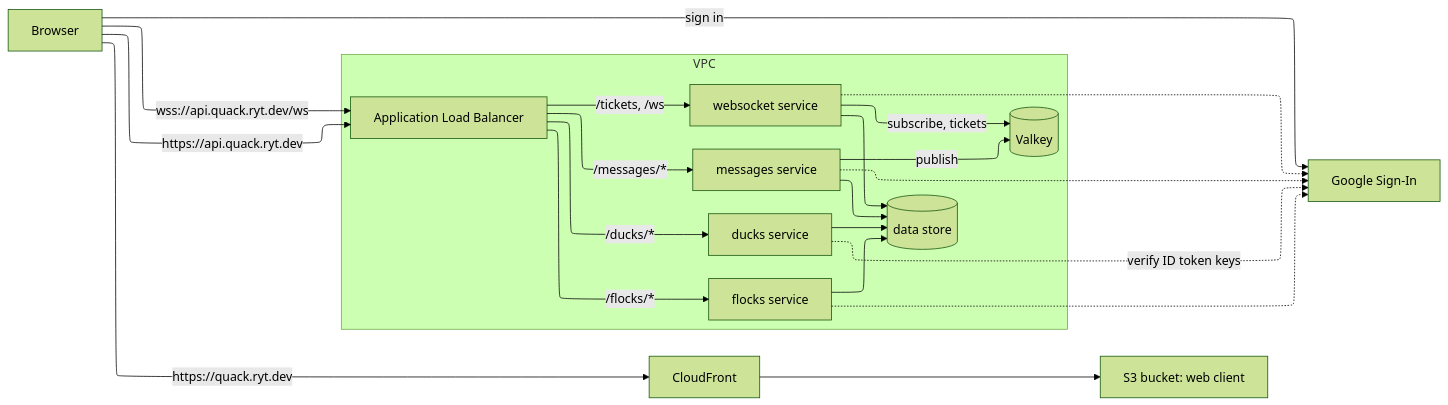
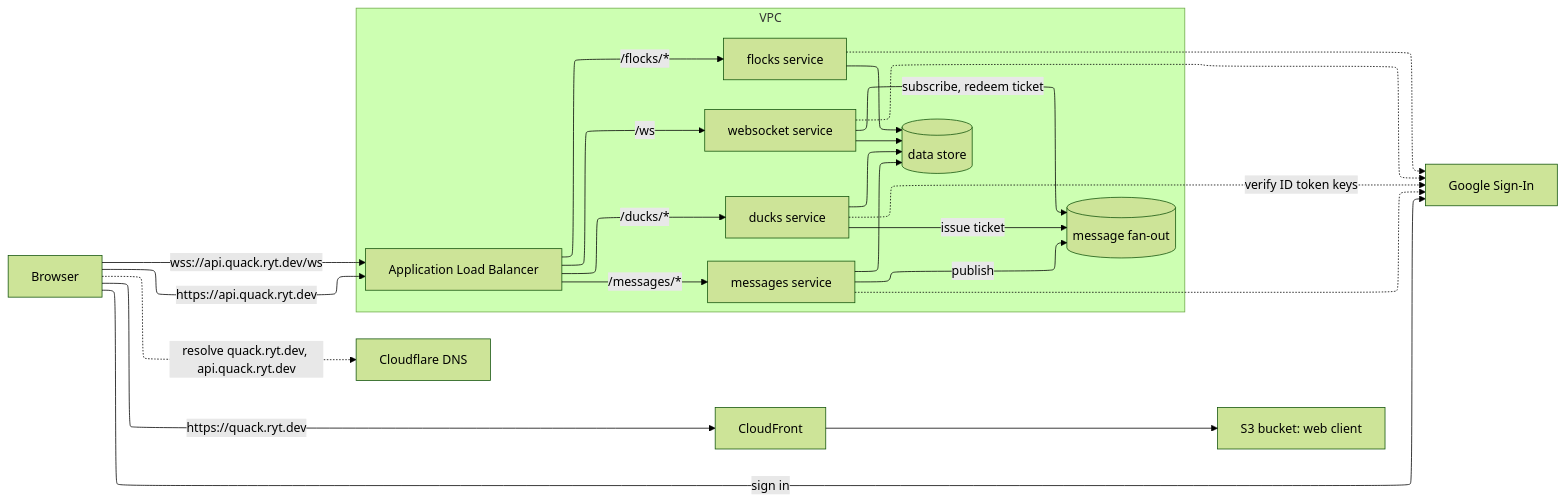
One commit to fractionalJoe/quack changed the diagram in docs/design/architecture.md. Above: the diagram before and after it, drawn with Mermaid. The commit also changed other lines of this file and 3 other files, not shown here.

Commit message:
updated architecture, renamed tenants to ponds

````diff
--- a/docs/design/architecture.md
+++ b/docs/design/architecture.md
@@ -7,32 +7,34 @@
 ```mermaid
 ---
 config:
   theme: forest
   layout: elk
 ---
 flowchart LR
+    Browser -.->|"resolve quack.ryt.dev, api.quack.ryt.dev"| CFDNS["Cloudflare DNS"]
     Browser -->|"sign in"| Google["Google Sign-In"]
     Browser -->|"https://quack.ryt.dev"| CF["CloudFront"] --> S3["S3 bucket: web client"]
     Browser -->|"https://api.quack.ryt.dev"| ALB["Application Load Balancer"]
     Browser -->|"wss://api.quack.ryt.dev/ws"| ALB
 
     subgraph VPC
         ALB -->|"/ducks/*"| Ducks["ducks service"]
         ALB -->|"/flocks/*"| Flocks["flocks service"]
         ALB -->|"/messages/*"| Messages["messages service"]
-        ALB -->|"/tickets, /ws"| WS["websocket service"]
+        ALB -->|"/ws"| WS["websocket service"]
 
         Ducks --> DS[("data store")]
         Flocks --> DS
         Messages --> DS
         WS --> DS
 
-        Messages -->|"publish"| Valkey[("Valkey")]
-        WS -->|"subscribe, tickets"| Valkey
+        Ducks -->|"issue ticket"| Fanout[("message fan-out")]
+        Messages -->|"publish"| Fanout
+        WS -->|"subscribe, redeem ticket"| Fanout
     end
 
     Ducks -.->|"verify ID token keys"| Google
     Flocks -.-> Google
     Messages -.-> Google
     WS -.-> Google
 ```
````
